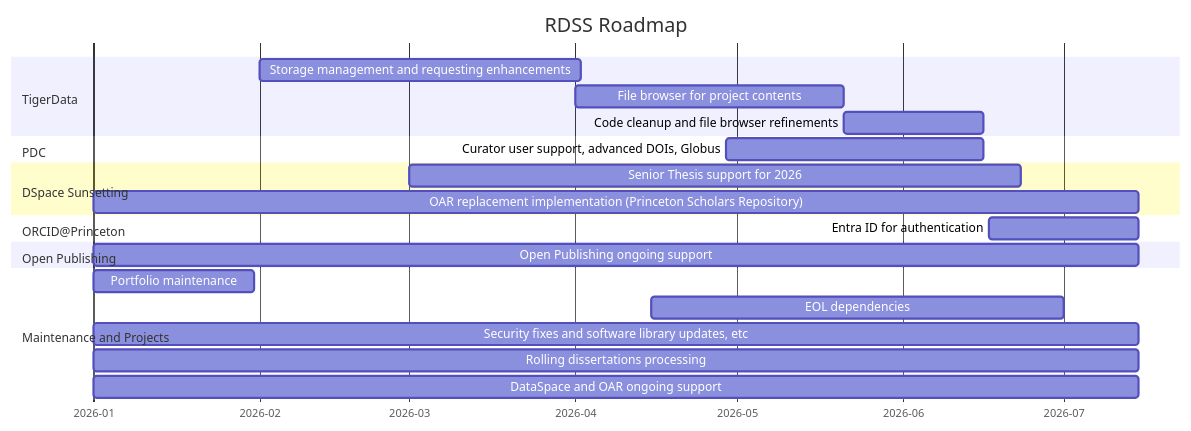
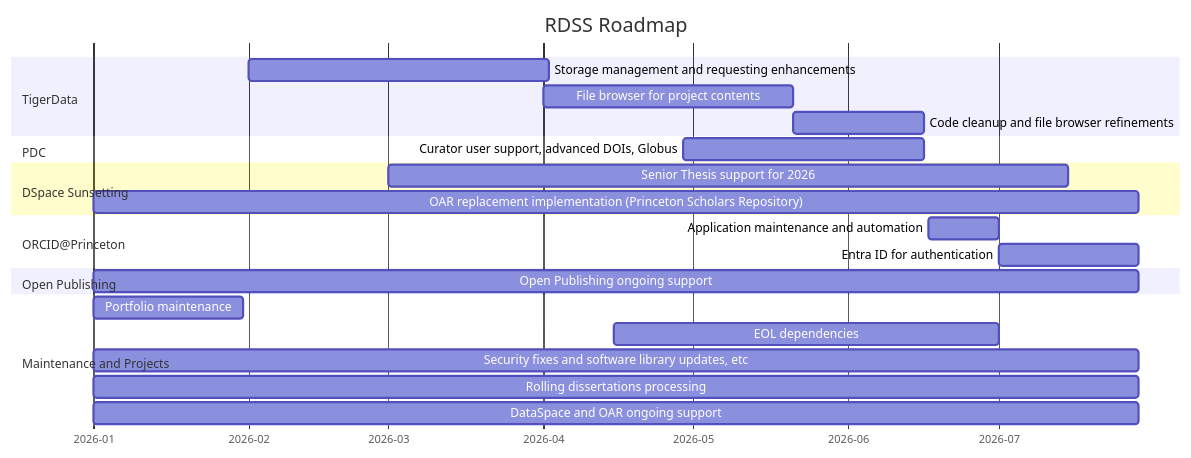
The diagram in roadmap.md (pulibrary/rdss-handbook), drawn with Mermaid before and after one commit.

Commit message:
Roadmap updates (#372)

````diff
--- a/roadmap.md
+++ b/roadmap.md
@@ -5,31 +5,32 @@
 ```mermaid
 gantt
     title RDSS Roadmap
     axisFormat  %Y-%m
     dateformat YYYY-MM
 
     section TigerData
     Storage management and requesting enhancements: 2026-02-01, 60d
     File browser for project contents: 2026-04-01, 50d
     Code cleanup and file browser refinements: 2026-05-21, 26d
 
     section PDC
     Curator user support, advanced DOIs, Globus: pdc1, 2026-04-29, 48d
-    
+
     section DSpace Sunsetting
-    Senior Thesis support for 2026: dsp3, 2026-03-01, 114d
-    OAR replacement implementation (Princeton Scholars Repository): dsps5, 2026-01-01, 195d
+    Senior Thesis support for 2026: dsp3, 2026-03-01, 136d
+    OAR replacement implementation (Princeton Scholars Repository): dsps5, 2026-01-01, 209d
 
     section ORCID@Princeton
-    Entra ID for authentication: orc1,2026-06-17, 28d
+    Application maintenance and automation: orc1,2026-06-17, 14d
+    Entra ID for authentication: orc1,2026-07-01, 28d
 
     section Open Publishing
-    Open Publishing ongoing support: dsp3,2026-01-01, 195d
+    Open Publishing ongoing support: dsp3,2026-01-01, 209d
 
     section Maintenance and Projects
     Portfolio maintenance: 2026-01-01, 30d
     EOL dependencies: 2026-04-15,77d
-    Security fixes and software library updates, etc: dsp1,2026-01-01, 195d
-    Rolling dissertations processing: dsp2,2026-01-01, 195d
-    DataSpace and OAR ongoing support: dsp3,2026-01-01, 195d
+    Security fixes and software library updates, etc: dsp1,2026-01-01, 209d
+    Rolling dissertations processing: dsp2,2026-01-01, 209d
+    DataSpace and OAR ongoing support: dsp3,2026-01-01, 209d    
 ```
````
